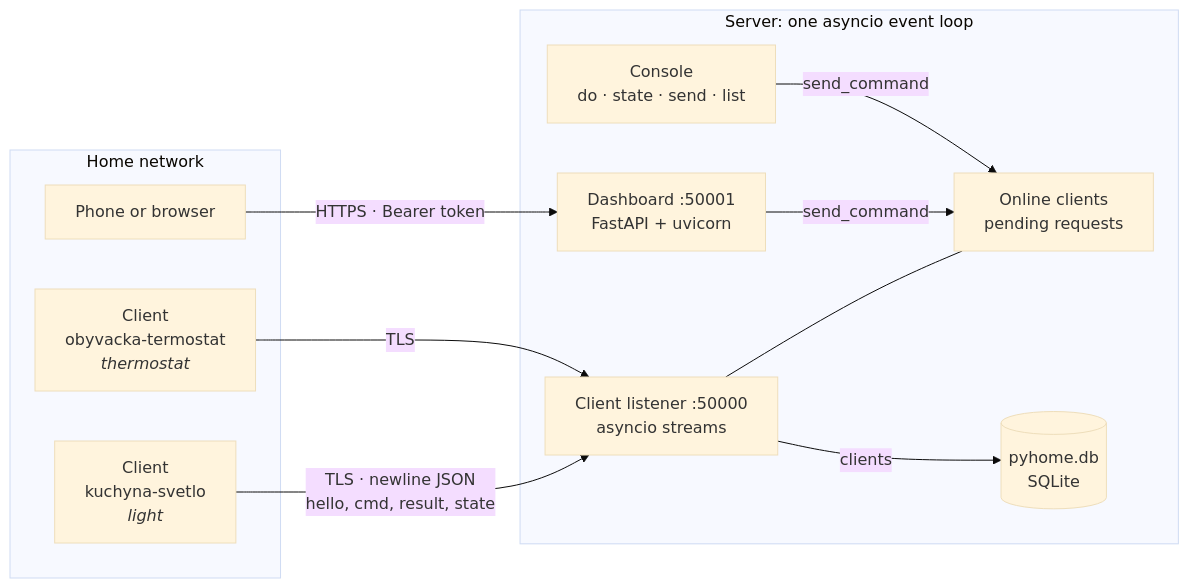
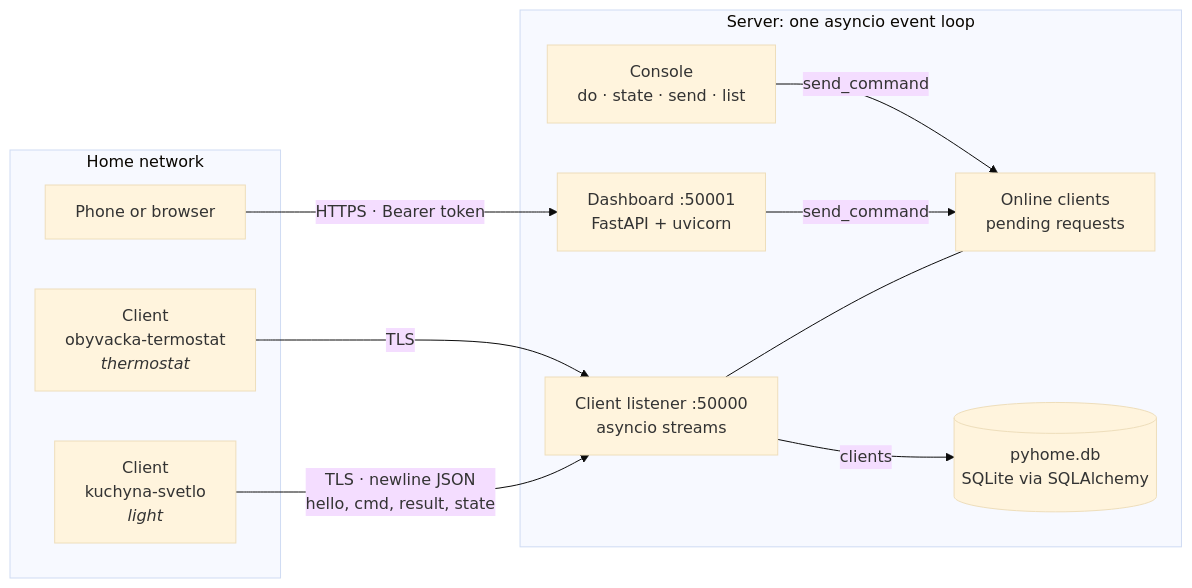
Before and after one commit to Fxdvs/pyhome: the first of 2 diagrams in README.md, drawn with Mermaid (base theme). The commit also changed other lines of this file and 1 other file, not shown here.

First line of the commit message:
Spec and README: the store on SQLAlchemy

````diff
--- a/README.md
+++ b/README.md
@@ -16,24 +16,24 @@
 ```mermaid
 flowchart LR
     subgraph house["Home network"]
         light["Client<br/>kuchyna-svetlo<br/><i>light</i>"]
         thermo["Client<br/>obyvacka-termostat<br/><i>thermostat</i>"]
         phone["Phone or browser"]
     end
 
     subgraph server["Server: one asyncio event loop"]
         tcp["Client listener :50000<br/>asyncio streams"]
         web["Dashboard :50001<br/>FastAPI + uvicorn"]
         console["Console<br/>do · state · send · list"]
         registry["Online clients<br/>pending requests"]
-        store[("pyhome.db<br/>SQLite")]
+        store[("pyhome.db<br/>SQLite via SQLAlchemy")]
     end
 
     light -- "TLS · newline JSON<br/>hello, cmd, result, state" --> tcp
     thermo -- "TLS" --> tcp
     phone -- "HTTPS · Bearer token" --> web
     tcp --- registry
     web -- "send_command" --> registry
     console -- "send_command" --> registry
     tcp -- "clients" --> store
 ```
````
